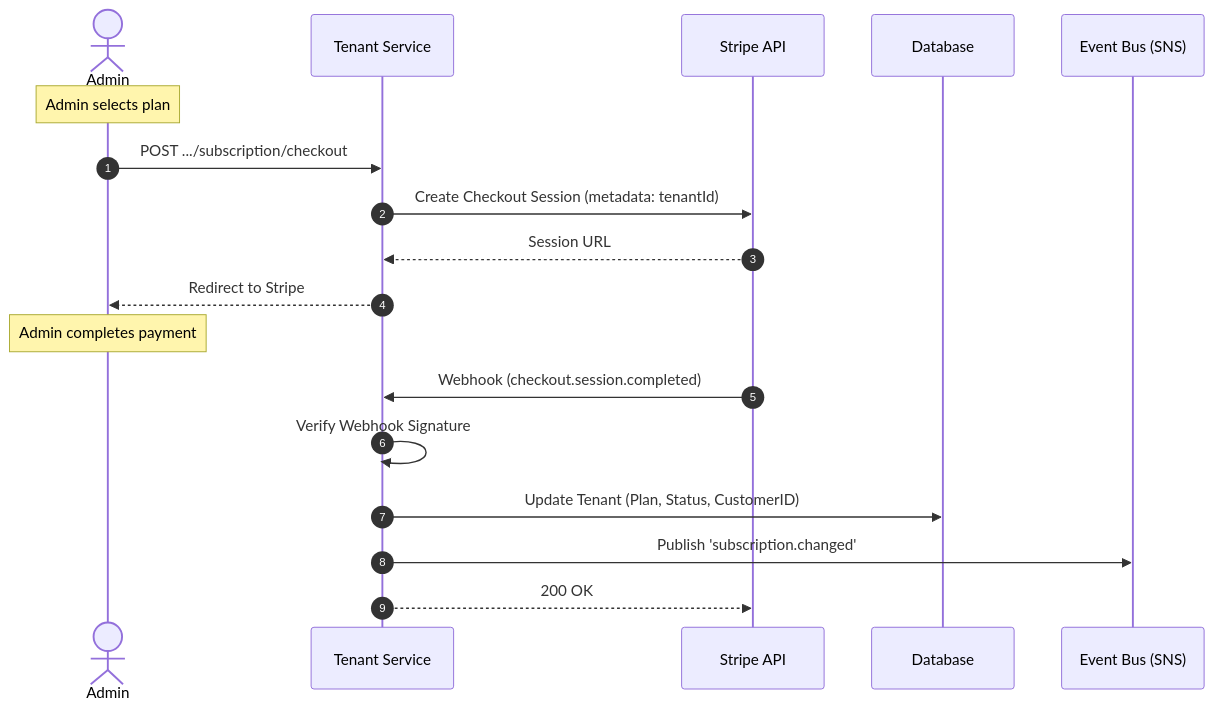
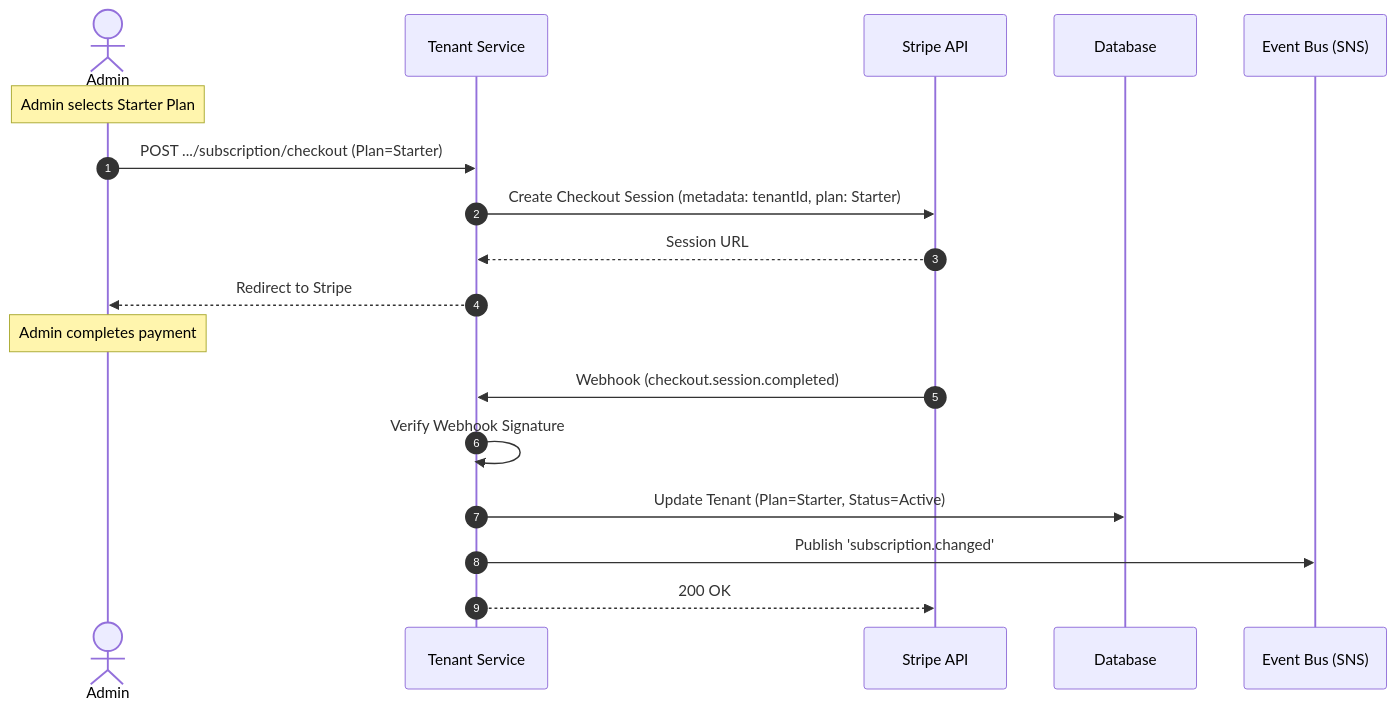
One commit to Digital-Rogue-Wave/referral-pulse-tenant-svc changed diagram 13 of 17 in README.md. Above: the diagram before and after it, drawn with Mermaid. The commit also changed other lines of this file and 33 other files, not shown here.

````diff
--- a/README.md
+++ b/README.md
@@ -288,22 +430,22 @@
 ```mermaid
 sequenceDiagram
     autonumber
     actor Admin
     participant TS as Tenant Service
     participant Stripe as Stripe API
     participant DB as Database
     participant SNS as Event Bus (SNS)
 
-    Note over Admin: Admin selects plan
-    Admin->>TS: POST .../subscription/checkout
-    TS->>Stripe: Create Checkout Session (metadata: tenantId)
+    Note over Admin: Admin selects Starter Plan
+    Admin->>TS: POST .../subscription/checkout (Plan=Starter)
+    TS->>Stripe: Create Checkout Session (metadata: tenantId, plan: Starter)
     Stripe-->>TS: Session URL
     TS-->>Admin: Redirect to Stripe
 
     Note over Admin: Admin completes payment
     Stripe->>TS: Webhook (checkout.session.completed)
     TS->>TS: Verify Webhook Signature
-    TS->>DB: Update Tenant (Plan, Status, CustomerID)
+    TS->>DB: Update Tenant (Plan=Starter, Status=Active)
     TS->>SNS: Publish 'subscription.changed'
     TS-->>Stripe: 200 OK
 ```
````
